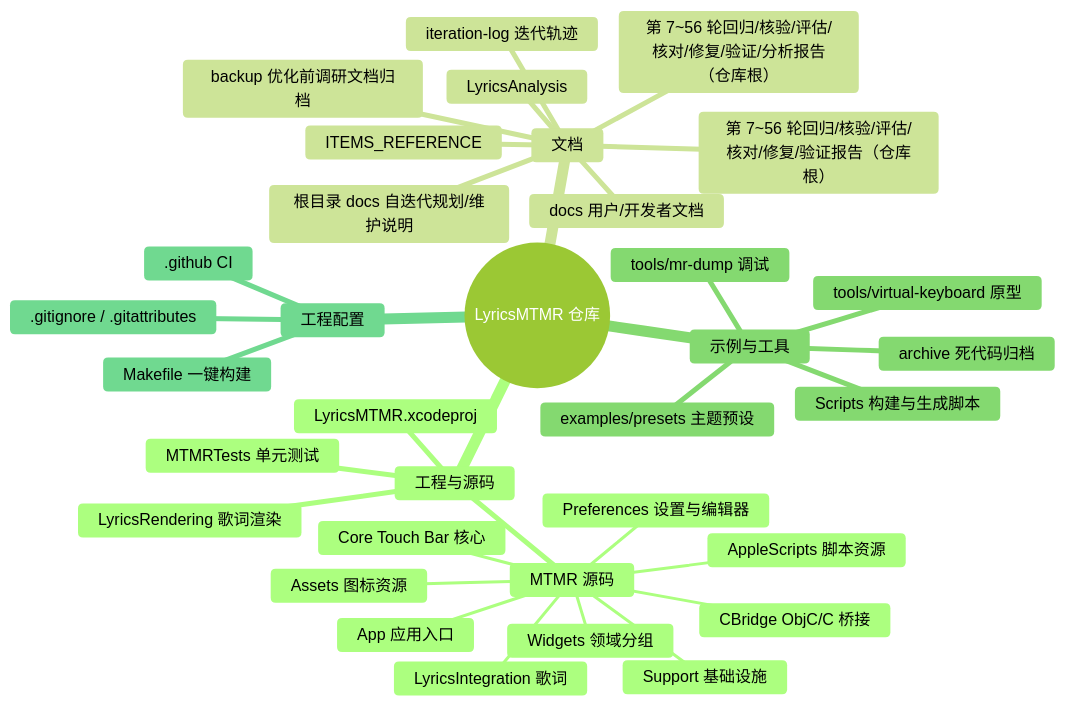
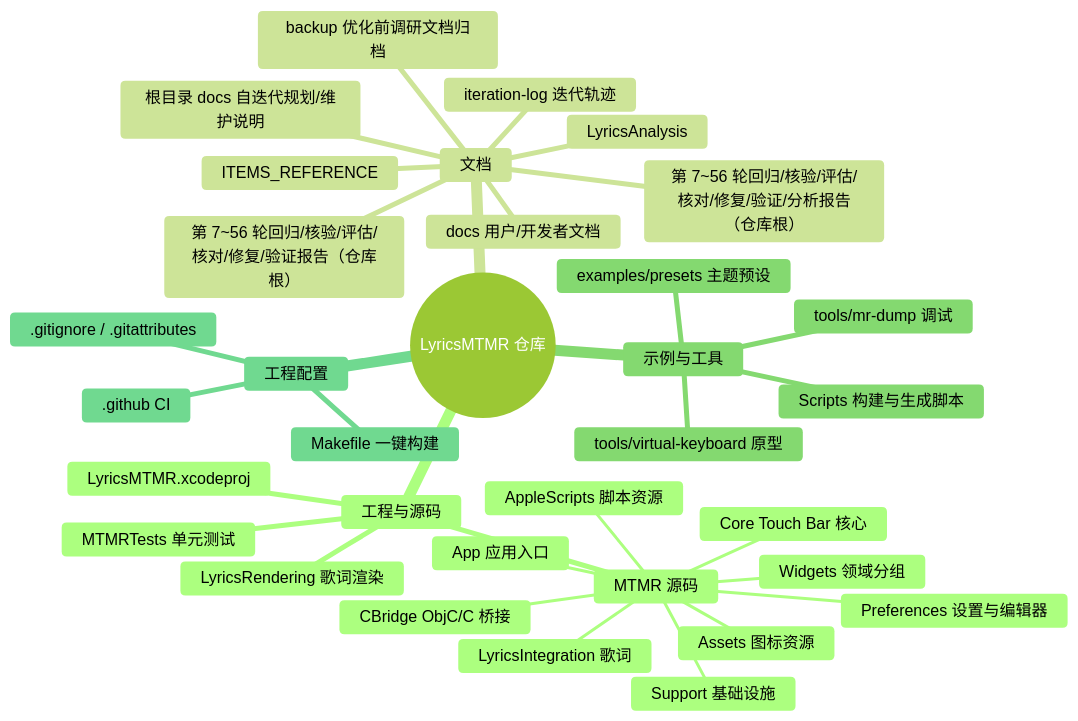
Before and after one commit to Tangzishun-Li/LyricsMTMR: the first of 2 diagrams in LyricsMTMR/docs/file-structure.zh.md, drawn with Mermaid (forest theme). The commit also changed other lines of this file and 18 other files, not shown here.

First line of the commit message:
r57-j 减脂⑤: 删除 archive/ 死代码归档（16 文件 + 空目录，~96KB）

````diff
--- a/LyricsMTMR/docs/file-structure.zh.md
+++ b/LyricsMTMR/docs/file-structure.zh.md
@@ -10,37 +10,36 @@
 ```mermaid
 mindmap
   root((LyricsMTMR 仓库))
     工程与源码
       LyricsMTMR.xcodeproj
       MTMR 源码
         App 应用入口
         Core Touch Bar 核心
         Support 基础设施
         Widgets 领域分组
         Preferences 设置与编辑器
         LyricsIntegration 歌词
         CBridge ObjC/C 桥接
         AppleScripts 脚本资源
         Assets 图标资源
       LyricsRendering 歌词渲染
       MTMRTests 单元测试
     文档
       docs 用户/开发者文档
       ITEMS_REFERENCE
       LyricsAnalysis
       backup 优化前调研文档归档
       iteration-log 迭代轨迹
       根目录 docs 自迭代规划/维护说明
       第 7~56 轮回归/核验/评估/核对/修复/验证/分析报告（仓库根）
       第 7~56 轮回归/核验/评估/核对/修复/验证报告（仓库根）
     示例与工具
       examples/presets 主题预设
       tools/mr-dump 调试
       tools/virtual-keyboard 原型
       Scripts 构建与生成脚本
-      archive 死代码归档
     工程配置
       .github CI
       .gitignore / .gitattributes
       Makefile 一键构建
 ```
````
